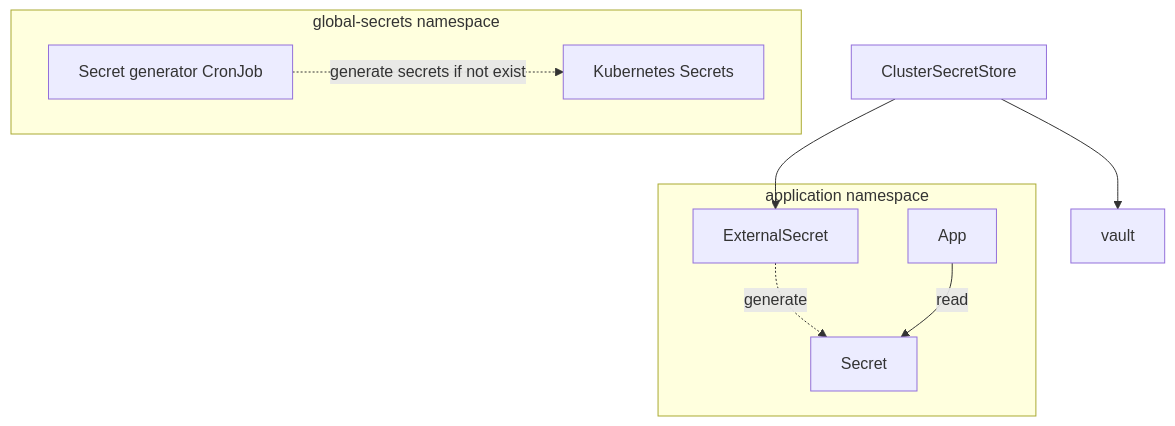
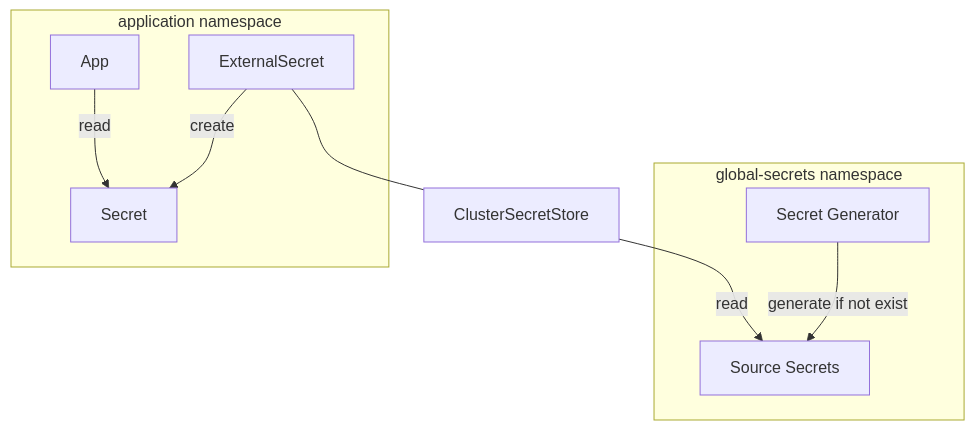
One commit to khuedoan/homelab changed the diagram in docs/concepts/secrets-management.md. Above: the diagram before and after it, drawn with Mermaid. The commit also changed other lines of this file and 9 other files, not shown here.

````diff
--- a/docs/concepts/secrets-management.md
+++ b/docs/concepts/secrets-management.md
@@ -15,14 +17,14 @@
 ```mermaid
 flowchart TD
   subgraph global-secrets-namespace[global-secrets namespace]
-    secret-generator[Secret generator CronJob] -. generate secrets if not exist .-> kubernetes-secrets[Kubernetes Secrets]
+    secret-generator[Secret Generator] -- generate if not exist --> source-secrets[Source Secrets]
   end
 
   subgraph app-namespace[application namespace]
-    ExternalSecret -. generate .-> Secret
+    ExternalSecret -- create --> Secret
     App -- read --> Secret
   end
 
-  ClusterSecretStore --> vault
-  ClusterSecretStore --> ExternalSecret
+  ClusterSecretStore -- read --> source-secrets
+  ExternalSecret --- ClusterSecretStore
 ```
````
